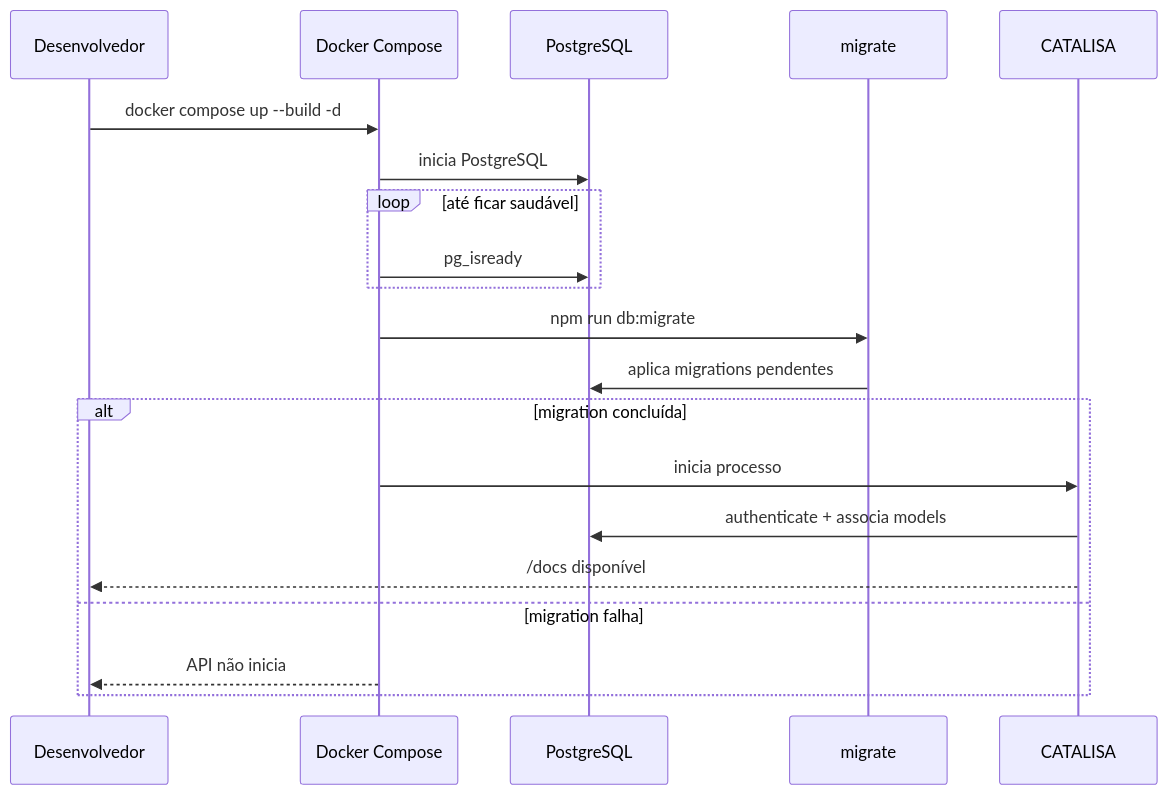
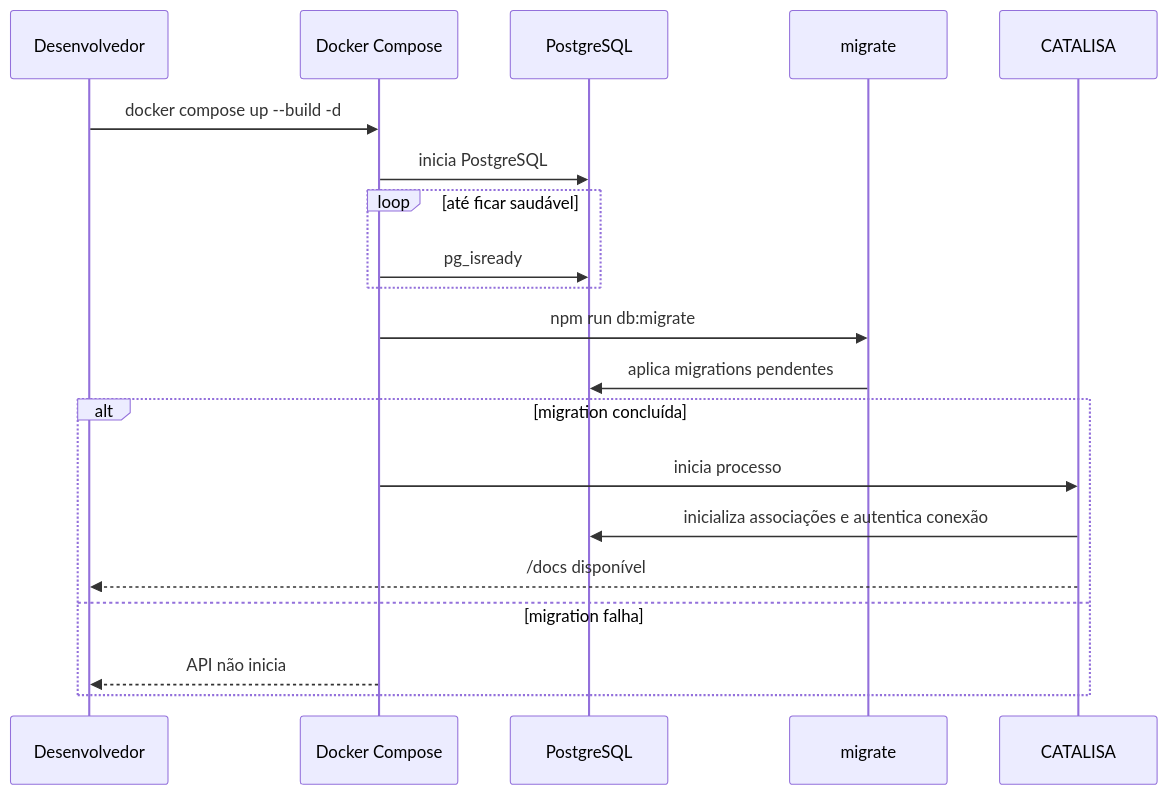
One commit to thaissacarvalho/Catalisa changed the first of 6 diagrams in docs/flows/business-flows.md. Above: the diagram before and after it, drawn with Mermaid. The commit also changed other lines of this file and 18 other files, not shown here.

````diff
--- a/docs/flows/business-flows.md
+++ b/docs/flows/business-flows.md
@@ -7,22 +7,22 @@
 ```mermaid
 sequenceDiagram
     participant Dev as Desenvolvedor
     participant Compose as Docker Compose
     participant DB as PostgreSQL
     participant Mig as migrate
     participant API as CATALISA
     Dev->>Compose: docker compose up --build -d
     Compose->>DB: inicia PostgreSQL
     loop até ficar saudável
         Compose->>DB: pg_isready
     end
     Compose->>Mig: npm run db:migrate
     Mig->>DB: aplica migrations pendentes
     alt migration concluída
         Compose->>API: inicia processo
-        API->>DB: authenticate + associa models
+        API->>DB: inicializa associações e autentica conexão
         API-->>Dev: /docs disponível
     else migration falha
         Compose-->>Dev: API não inicia
     end
 ```
````
